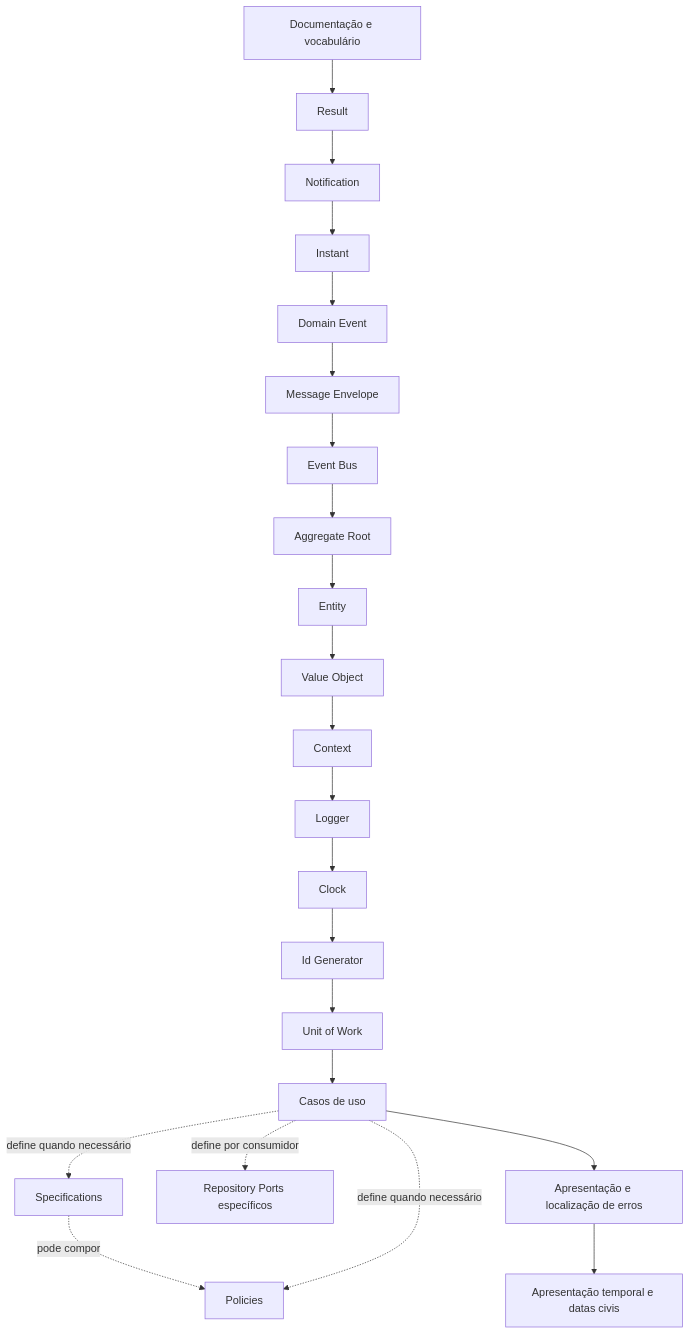
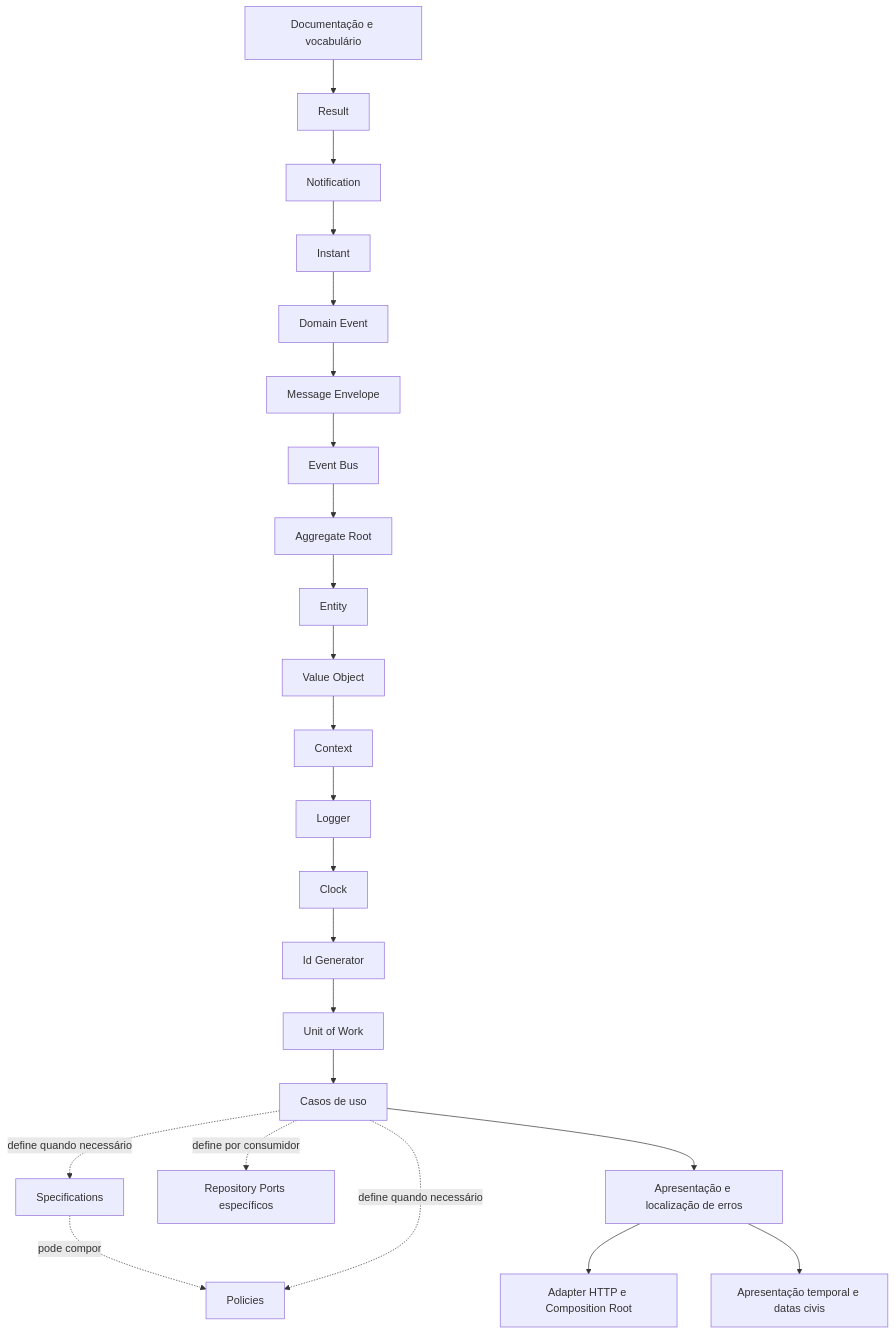
Before and after one commit to MauricioGomes02/servir: the diagram in docs/roadmap.md, drawn with Mermaid. The commit also changed other lines of this file and 14 other files, not shown here.

First line of the commit message:
feat(http): add Fastify adapter with contextual error handling

````diff
--- a/docs/roadmap.md
+++ b/docs/roadmap.md
@@ -23,24 +23,25 @@
 ```mermaid
 flowchart TD
     D[Documentação e vocabulário] --> R[Result]
     R --> N[Notification]
     N --> I[Instant]
     I --> DE[Domain Event]
     DE --> M[Message Envelope]
     M --> EB[Event Bus]
     EB --> AR[Aggregate Root]
     AR --> E[Entity]
     E --> VO[Value Object]
     VO --> C[Context]
     C --> L[Logger]
     L --> CL[Clock]
     CL --> ID[Id Generator]
     ID --> U[Unit of Work]
     U --> UC[Casos de uso]
     UC -. define quando necessário .-> S[Specifications]
     S -. pode compor .-> P[Policies]
     UC -. define quando necessário .-> P
     UC -. define por consumidor .-> RC[Repository Ports específicos]
     UC --> PL[Apresentação e localização de erros]
+    PL --> HTTP[Adapter HTTP e Composition Root]
     PL --> TP[Apresentação temporal e datas civis]
 ```
````
